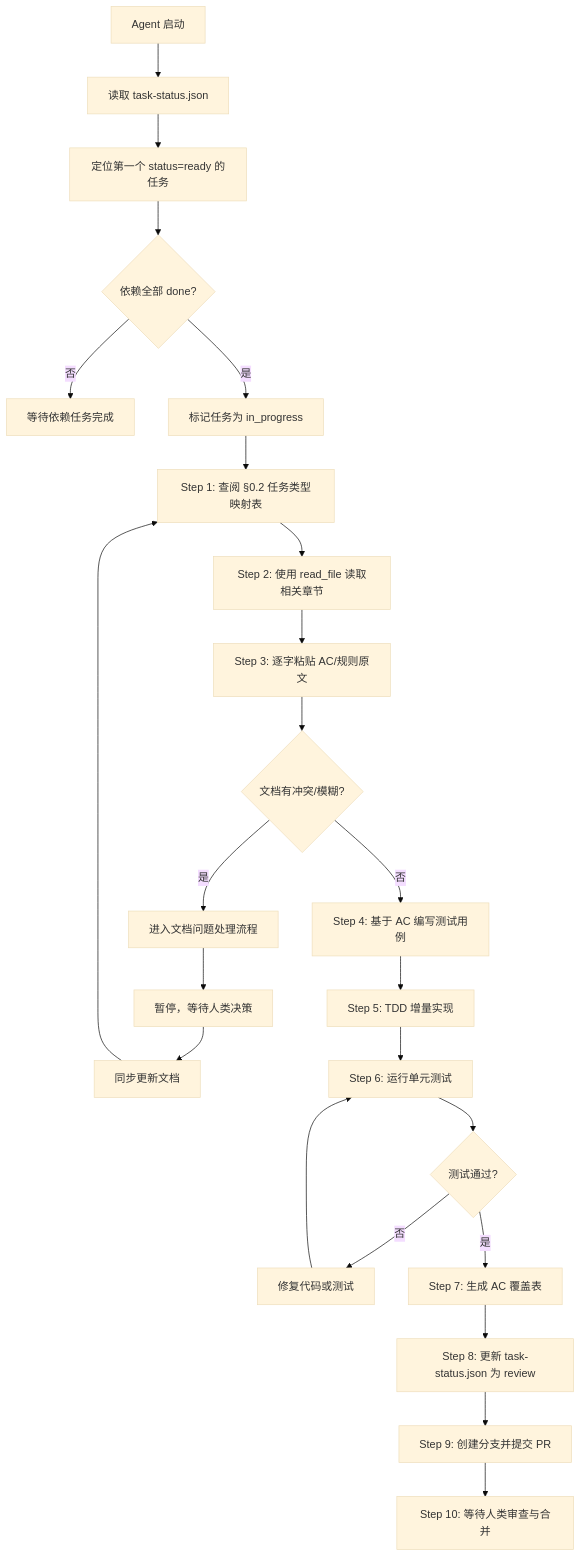
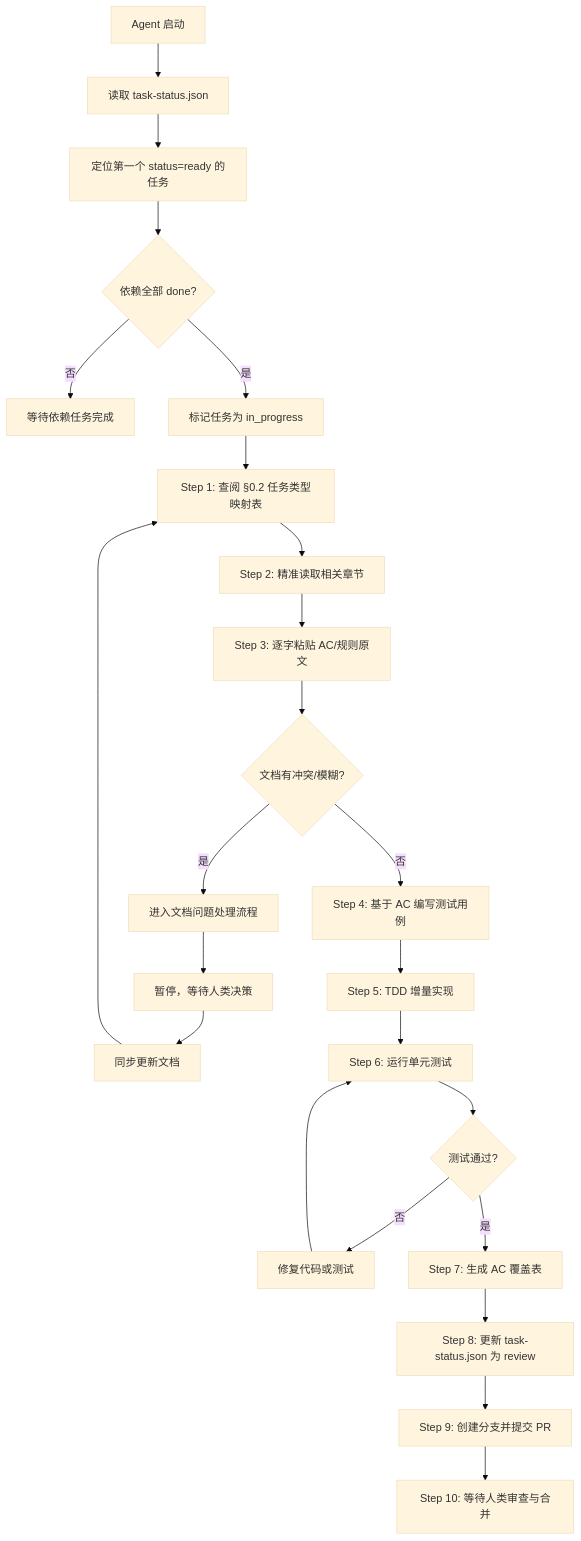
Before and after one commit to logan-suu/Echo: the second of 4 diagrams in AGENTS.md, drawn with Mermaid (base theme). The commit also changed other lines of this file and 25 other files, not shown here.

````diff
--- a/AGENTS.md
+++ b/AGENTS.md
@@ -861,26 +861,26 @@
 ```mermaid
 flowchart TD
     A[Agent 启动] --> B[读取 task-status.json]
     B --> C[定位第一个 status=ready 的任务]
     C --> D{依赖全部 done?}
     D -->|否| E[等待依赖任务完成]
     D -->|是| F[标记任务为 in_progress]
     F --> G[Step 1: 查阅 §0.2 任务类型映射表]
-    G --> H[Step 2: 使用 read_file 读取相关章节]
+    G --> H[Step 2: 精准读取相关章节]
     H --> I[Step 3: 逐字粘贴 AC/规则原文]
     I --> J{文档有冲突/模糊?}
     J -->|是| K[进入文档问题处理流程]
     K --> L[暂停，等待人类决策]
     L --> M[同步更新文档]
     M --> G
     J -->|否| N[Step 4: 基于 AC 编写测试用例]
     N --> O[Step 5: TDD 增量实现]
     O --> P[Step 6: 运行单元测试]
     P --> Q{测试通过?}
     Q -->|否| R[修复代码或测试]
     R --> P
     Q -->|是| S[Step 7: 生成 AC 覆盖表]
     S --> T[Step 8: 更新 task-status.json 为 review]
     T --> U[Step 9: 创建分支并提交 PR]
     U --> V[Step 10: 等待人类审查与合并]
 ```
````
